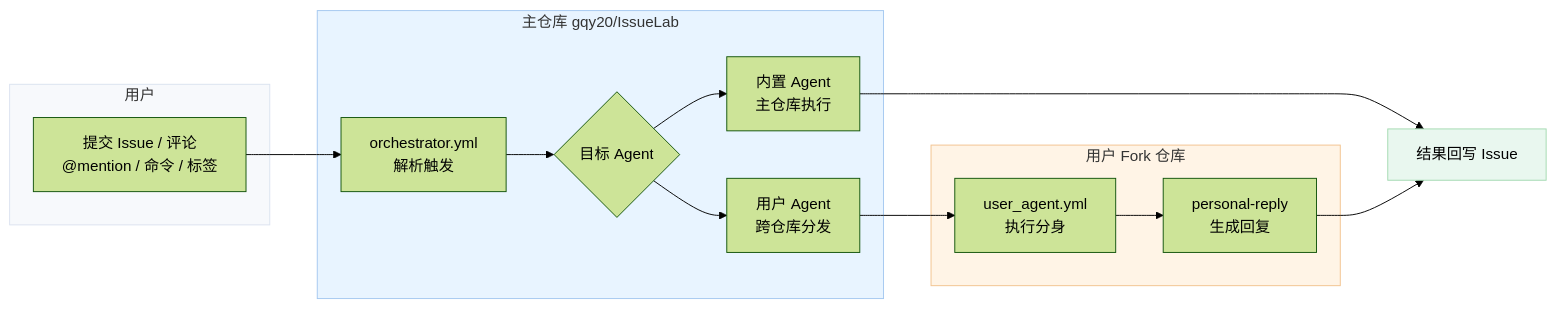
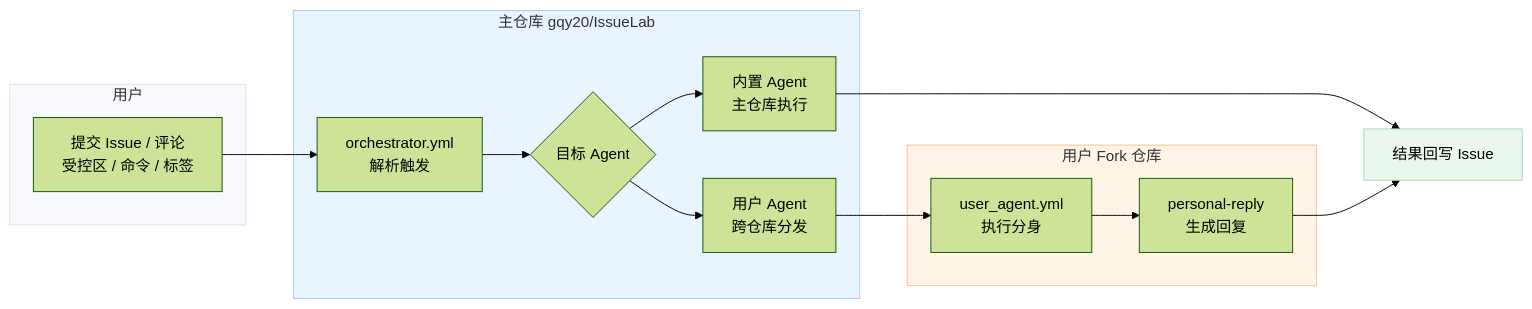
Before and after one commit to rojasraleena-svg/IssueLab: the diagram in README.md, drawn with Mermaid (forest theme). The commit also changed other lines of this file and 4 other files, not shown here.

Commit message:
docs: align trigger flow and agent docs with controlled sections

````diff
--- a/README.md
+++ b/README.md
@@ -22,29 +22,29 @@
 ```mermaid
 flowchart LR
     subgraph U["用户"]
-        A["提交 Issue / 评论<br/>@mention / 命令 / 标签"]
+        A["提交 Issue / 评论<br/>受控区 / 命令 / 标签"]
     end
 
     subgraph M["主仓库 gqy20/IssueLab"]
         B["orchestrator.yml<br/>解析触发"]
         C{"目标 Agent"}
         D["内置 Agent<br/>主仓库执行"]
         E["用户 Agent<br/>跨仓库分发"]
     end
 
     subgraph F["用户 Fork 仓库"]
         G["user_agent.yml<br/>执行分身"]
         H["personal-reply<br/>生成回复"]
     end
 
     I["结果回写 Issue"]
 
     A --> B --> C
     C --> D --> I
     C --> E --> G --> H --> I
 
     style U fill:#f7f9fc,stroke:#dbe3f0,stroke-width:1px
     style M fill:#e8f4ff,stroke:#a4c8f0,stroke-width:1px
     style F fill:#fff4e6,stroke:#f2c38f,stroke-width:1px
     style I fill:#e9f7ef,stroke:#a3d9b1,stroke-width:1px
 ```
````
